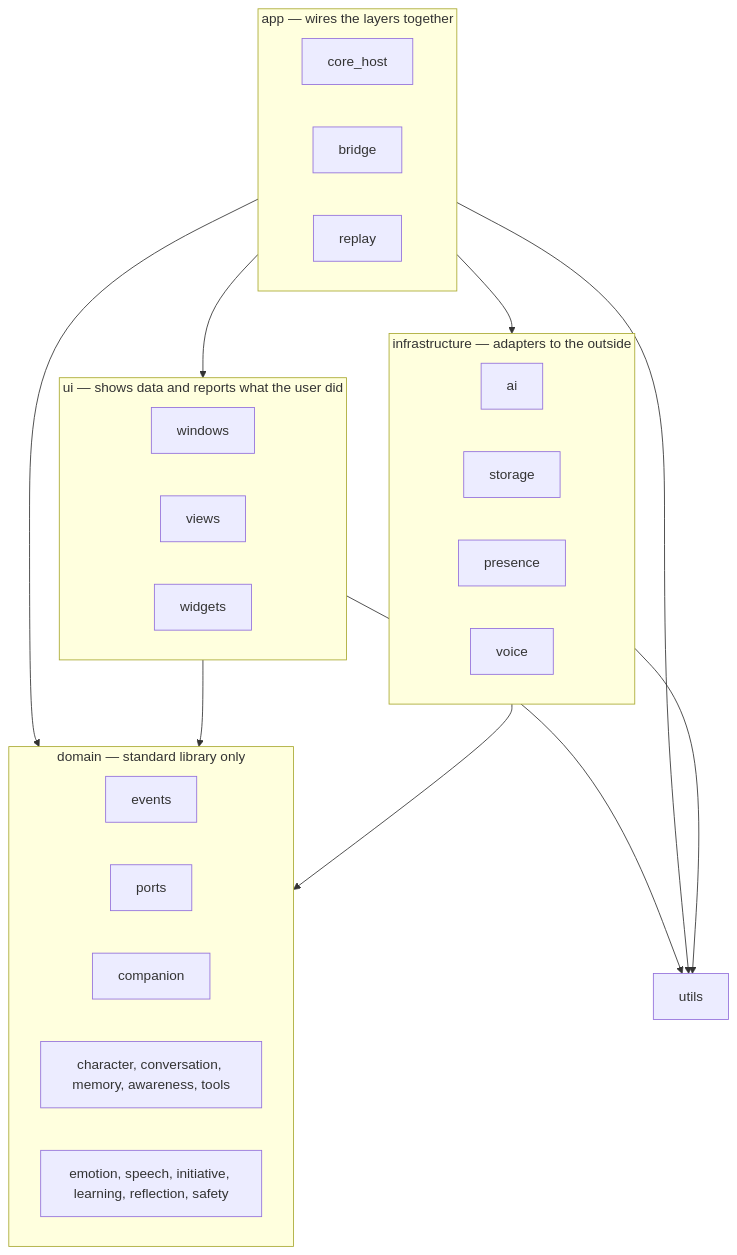
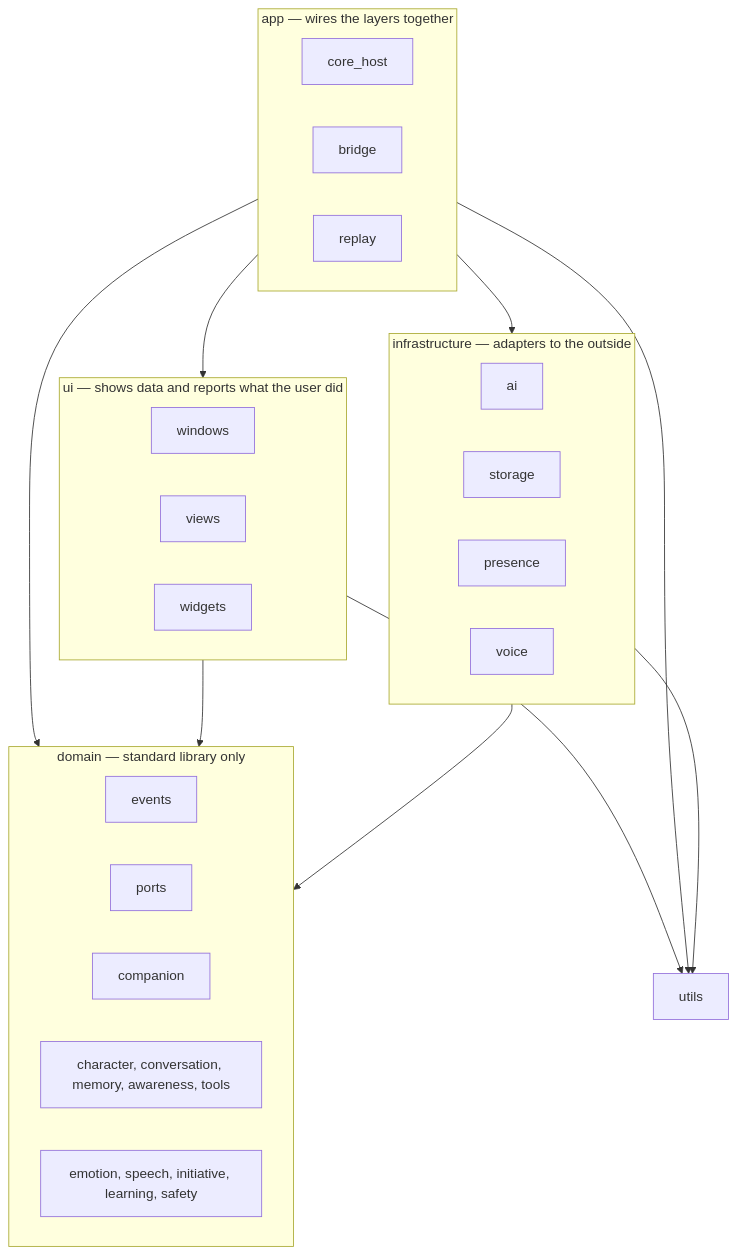
Before and after one commit to NguyenVu04/cognia: the first of 45 diagrams in docs/architecture/ARCHITECTURE.md, drawn with Mermaid. The commit also changed other lines of this file and 109 other files, not shown here.

````diff
--- a/docs/architecture/ARCHITECTURE.md
+++ b/docs/architecture/ARCHITECTURE.md
@@ -301,40 +300,40 @@
 ```mermaid
 flowchart TB
     subgraph ui["ui — shows data and reports what the user did"]
         windows["windows"]
         views["views"]
         widgets["widgets"]
     end
 
     subgraph app["app — wires the layers together"]
         core_host["core_host"]
         bridge["bridge"]
         replay["replay"]
     end
 
     subgraph domain["domain — standard library only"]
         events["events"]
         ports["ports"]
         companion["companion"]
         features["character, conversation, memory, awareness, tools"]
-        behaviour["emotion, speech, initiative, learning, reflection, safety"]
+        behaviour["emotion, speech, initiative, learning, safety"]
     end
 
     subgraph infrastructure["infrastructure — adapters to the outside"]
         ai["ai"]
         storage["storage"]
         presence["presence"]
         voice["voice"]
     end
 
     utils["utils"]
 
     app --> ui
     app --> domain
     app --> infrastructure
     ui --> domain
     infrastructure --> domain
     ui --> utils
     app --> utils
     infrastructure --> utils
 ```
````
